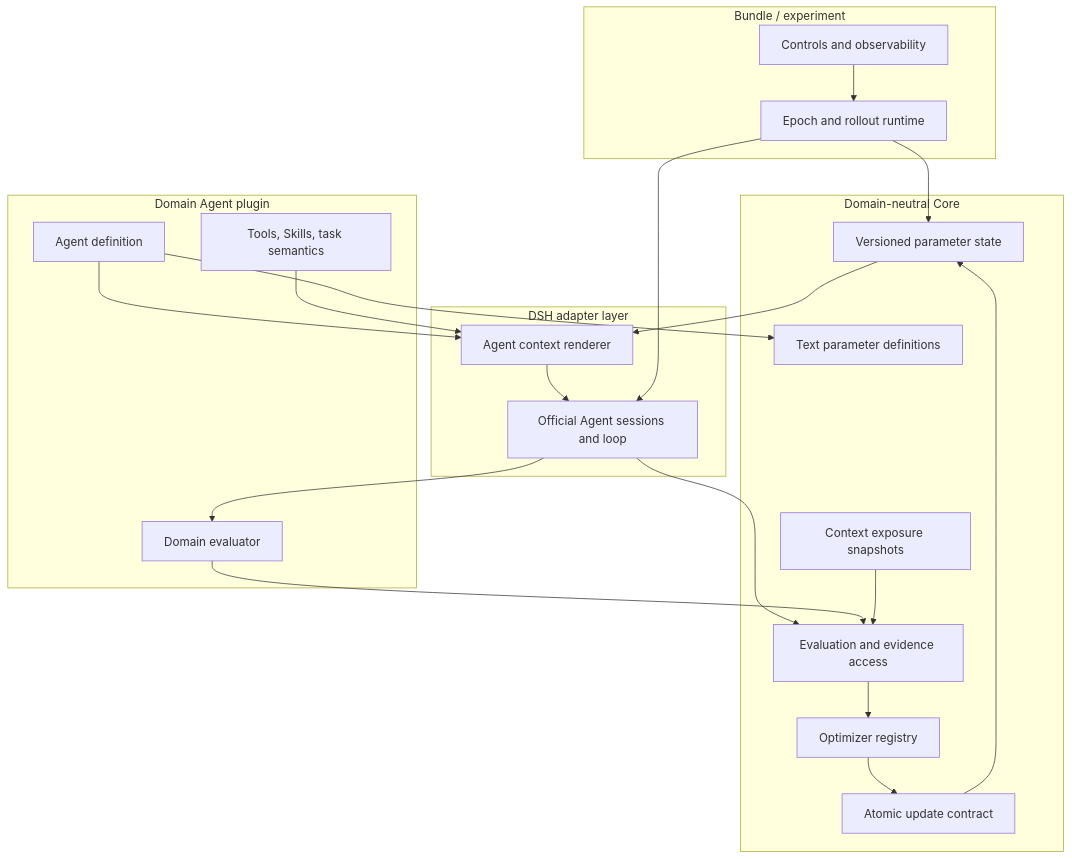
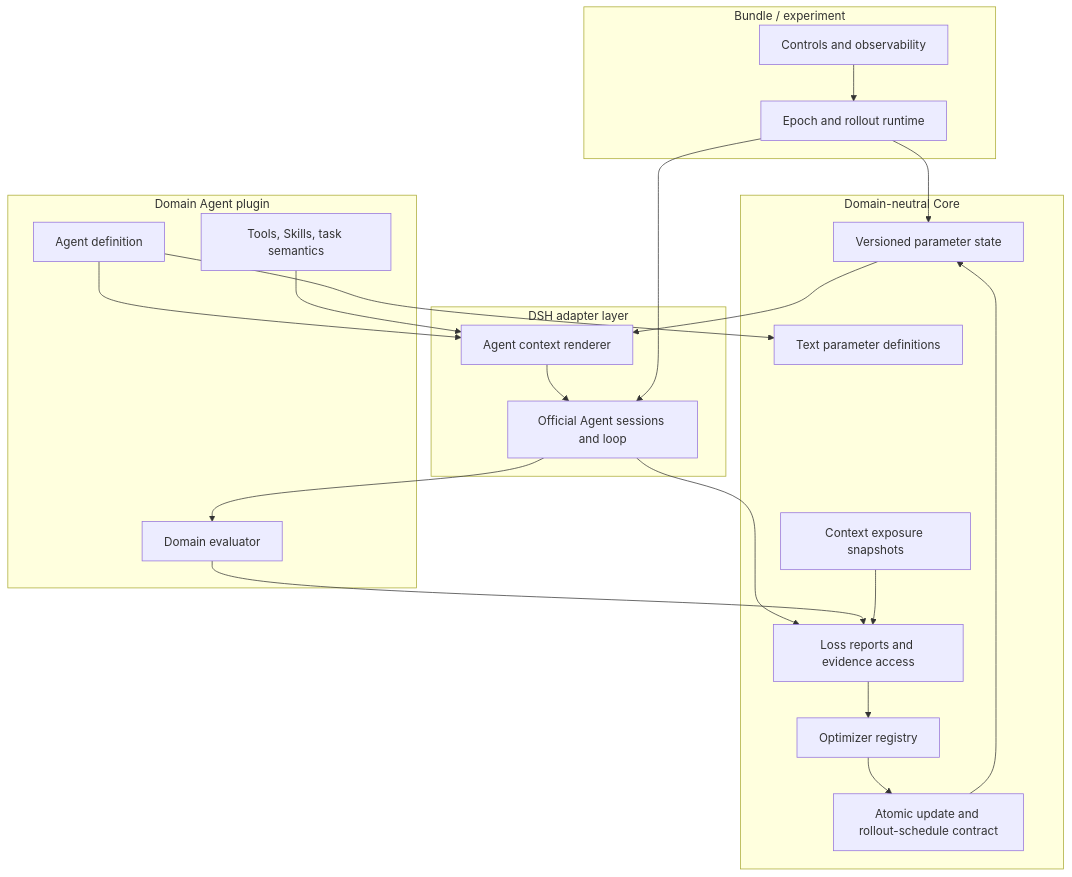
Before and after one commit to BruceLoveLee000/tokens-as-parameters: the first of 3 diagrams in docs/en/architecture/token-optimization-core.md, drawn with Mermaid. The commit also changed other lines of this file and 50 other files, not shown here.

````diff
--- a/docs/en/architecture/token-optimization-core.md
+++ b/docs/en/architecture/token-optimization-core.md
@@ -11,43 +11,43 @@
 ```mermaid
 flowchart TB
   subgraph Core[Domain-neutral Core]
     Registry[Text parameter definitions]
     State[Versioned parameter state]
     Exposure[Context exposure snapshots]
-    Feedback[Evaluation and evidence access]
-    Contract[Atomic update contract]
+    Feedback[Loss reports and evidence access]
+    Contract[Atomic update and rollout-schedule contract]
     Optimizers[Optimizer registry]
   end
 
   subgraph Adapter[DSH adapter layer]
     Renderer[Agent context renderer]
     Sessions[Official Agent sessions and loop]
   end
 
   subgraph Domain[Domain Agent plugin]
     Definition[Agent definition]
     Semantics[Tools, Skills, task semantics]
     Evaluator[Domain evaluator]
   end
 
   subgraph Product[Bundle / experiment]
     Runtime[Epoch and rollout runtime]
     Controls[Controls and observability]
   end
 
   Definition --> Registry
   Definition --> Renderer
   Semantics --> Renderer
   State --> Renderer
   Renderer --> Sessions
   Sessions --> Evaluator
   Sessions --> Feedback
   Evaluator --> Feedback
   Exposure --> Feedback
   Feedback --> Optimizers
   Optimizers --> Contract
   Contract --> State
   Runtime --> Sessions
   Runtime --> State
   Controls --> Runtime
 ```
````
